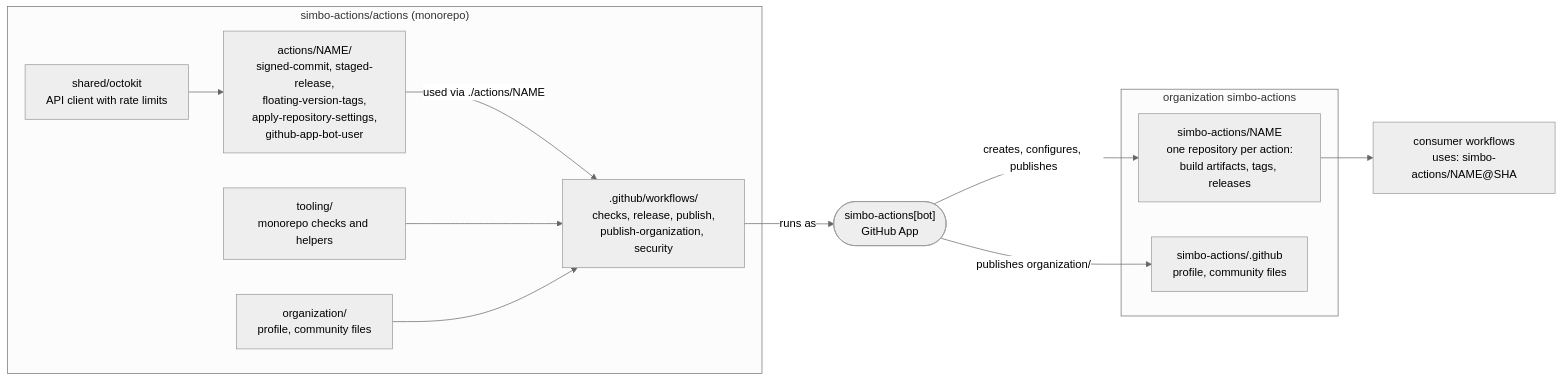
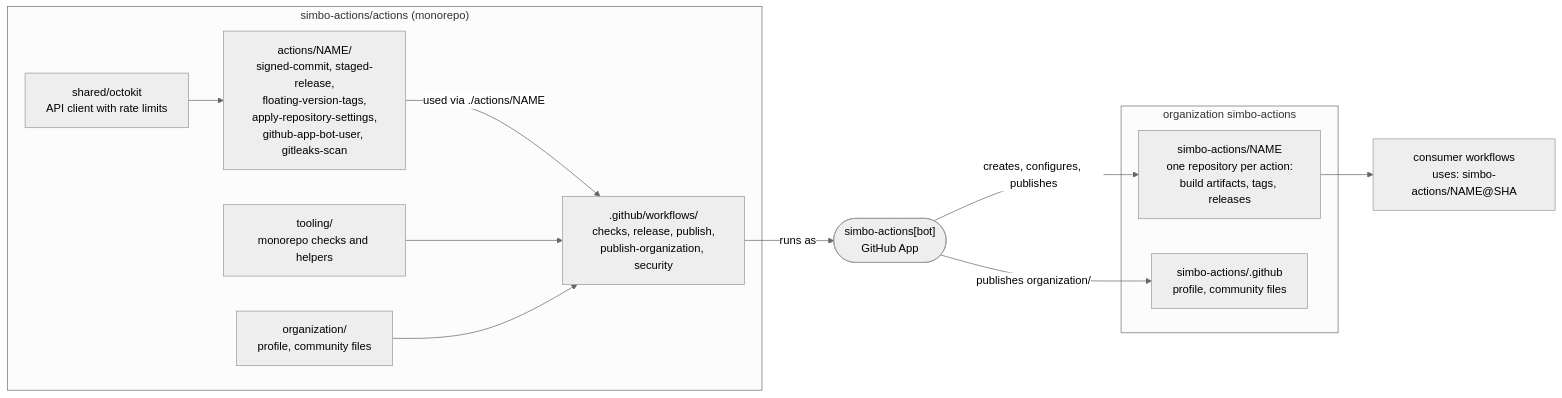
Before and after one commit to simbo-actions/actions: the first of 7 diagrams in ARCHITECTURE.md, drawn with Mermaid (neutral theme). The commit also changed other lines of this file and 43 other files, not shown here.

First line of the commit message:
feat(gitleaks-scan): add action, scan secrets and use Google's OSV workflows

````diff
--- a/ARCHITECTURE.md
+++ b/ARCHITECTURE.md
@@ -50,28 +50,28 @@
 ```mermaid
 flowchart LR
   subgraph monorepo["simbo-actions/actions (monorepo)"]
-    actions["actions/NAME/<br/>signed-commit, staged-release,<br/>floating-version-tags,<br/>apply-repository-settings,<br/>github-app-bot-user"]
+    actions["actions/NAME/<br/>signed-commit, staged-release,<br/>floating-version-tags,<br/>apply-repository-settings,<br/>github-app-bot-user, gitleaks-scan"]
     shared["shared/octokit<br/>API client with rate limits"]
     tooling["tooling/<br/>monorepo checks and helpers"]
     workflows[".github/workflows/<br/>checks, release, publish,<br/>publish-organization, security"]
     organization["organization/<br/>profile, community files"]
   end
 
   bot(["simbo-actions[bot]<br/>GitHub App"])
 
   subgraph org["organization simbo-actions"]
     repos["simbo-actions/NAME<br/>one repository per action:<br/>build artifacts, tags, releases"]
     profile["simbo-actions/.github<br/>profile, community files"]
   end
 
   consumer["consumer workflows<br/>uses: simbo-actions/NAME@SHA"]
 
   shared --> actions
   actions -- "used via ./actions/NAME" --> workflows
   tooling --> workflows
   organization --> workflows
   workflows -- "runs as" --> bot
   bot -- "creates, configures, publishes" --> repos
   bot -- "publishes organization/" --> profile
   repos --> consumer
 ```
````
